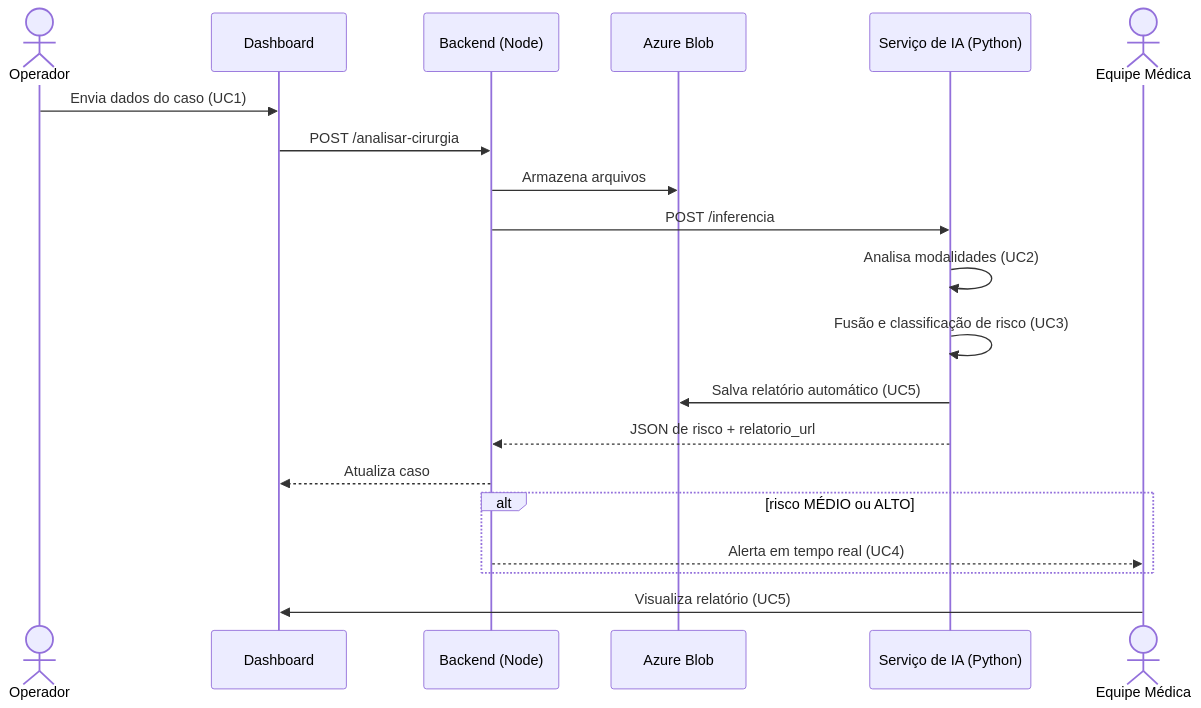
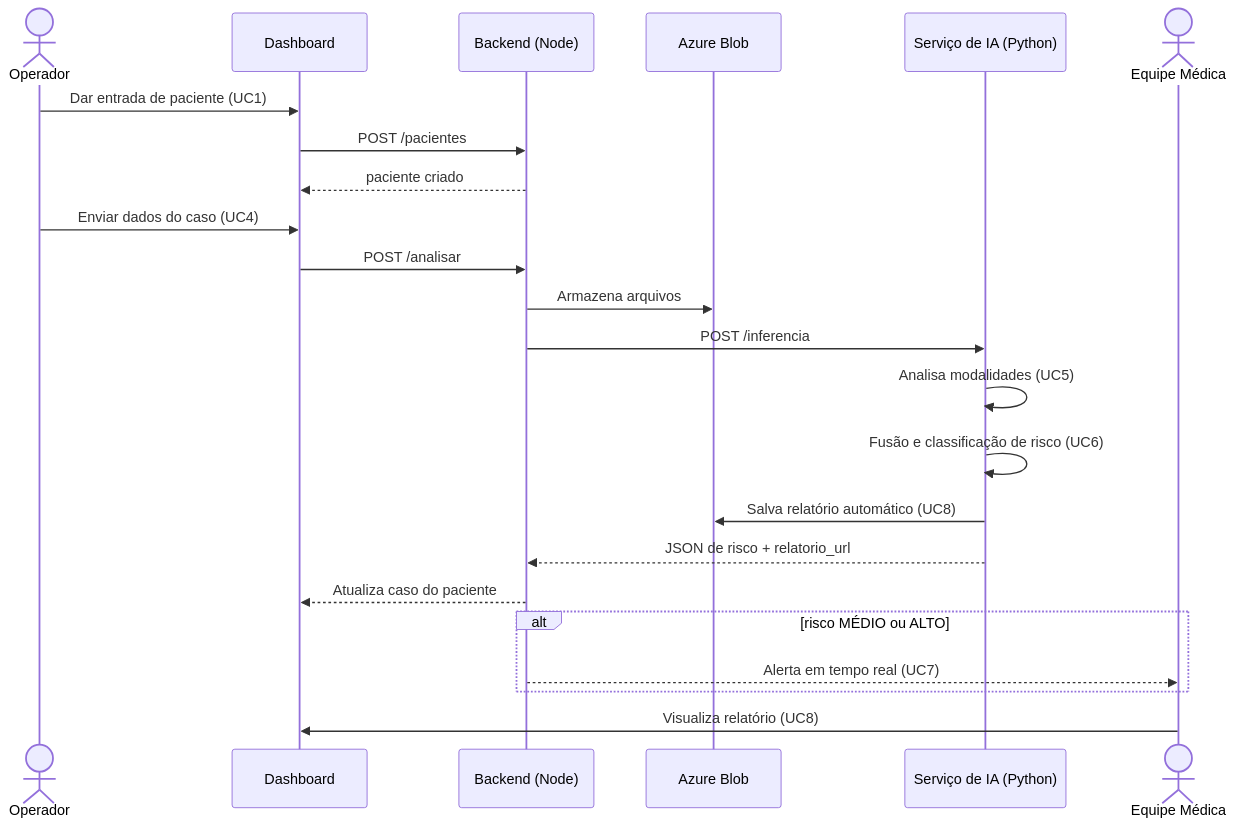
One commit to nurycaroline/8iadt-tc-fase4 changed the third of 3 diagrams in docs/casos-de-uso.md. Above: the diagram before and after it, drawn with Mermaid. The commit also changed other lines of this file and 4 other files, not shown here.

Commit message:
docs: adiciona gestao enxuta de pacientes (entrada/listar/excluir), modelo de dados e contexto do paciente

````diff
--- a/docs/casos-de-uso.md
+++ b/docs/casos-de-uso.md
@@ -81,23 +99,26 @@
 ```mermaid
 sequenceDiagram
     actor OP as Operador
     participant FE as Dashboard
     participant API as Backend (Node)
     participant AZ as Azure Blob
     participant IA as Serviço de IA (Python)
     actor EM as Equipe Médica
 
-    OP->>FE: Envia dados do caso (UC1)
-    FE->>API: POST /analisar-cirurgia
+    OP->>FE: Dar entrada de paciente (UC1)
+    FE->>API: POST /pacientes
+    API-->>FE: paciente criado
+    OP->>FE: Enviar dados do caso (UC4)
+    FE->>API: POST /analisar
     API->>AZ: Armazena arquivos
     API->>IA: POST /inferencia
-    IA->>IA: Analisa modalidades (UC2)
-    IA->>IA: Fusão e classificação de risco (UC3)
-    IA->>AZ: Salva relatório automático (UC5)
+    IA->>IA: Analisa modalidades (UC5)
+    IA->>IA: Fusão e classificação de risco (UC6)
+    IA->>AZ: Salva relatório automático (UC8)
     IA-->>API: JSON de risco + relatorio_url
-    API-->>FE: Atualiza caso
+    API-->>FE: Atualiza caso do paciente
     alt risco MÉDIO ou ALTO
-        API-->>EM: Alerta em tempo real (UC4)
+        API-->>EM: Alerta em tempo real (UC7)
     end
-    EM->>FE: Visualiza relatório (UC5)
+    EM->>FE: Visualiza relatório (UC8)
 ```
````
